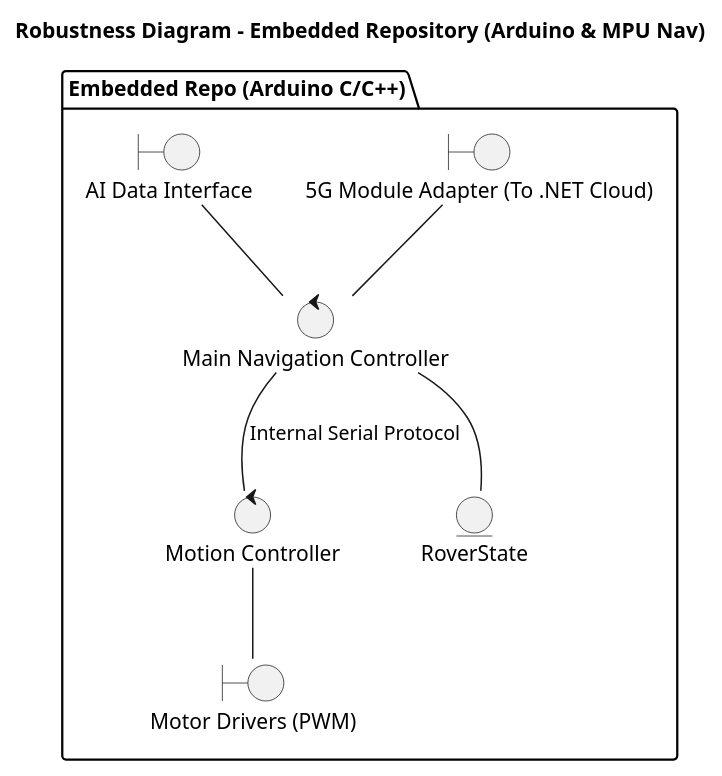
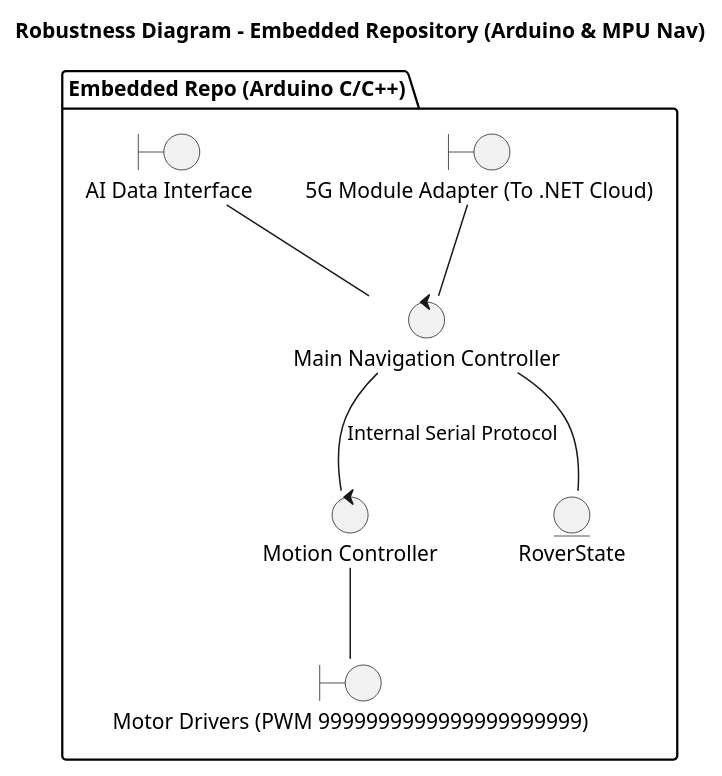
One commit to NOKIA-5G-SOS-Rover/Integrator changed the diagram in docs/architecture/diagrams/structural/embedded_bce.puml. Above: the diagram before and after it, drawn with PlantUML.

Commit message:
test github action

```diff
--- a/docs/architecture/diagrams/structural/embedded_bce.puml
+++ b/docs/architecture/diagrams/structural/embedded_bce.puml
@@ -1,24 +1,24 @@
 @startuml embedded_bce
 title Robustness Diagram - Embedded Repository (Arduino & MPU Nav)
 
 skinparam backgroundColor white
 skinparam componentStyle uml2
 
 package "Embedded Repo (Arduino C/C++)" {
     boundary "5G Module Adapter (To .NET Cloud)" as 5GBnd
-    boundary "Motor Drivers (PWM)" as MotorBnd
+    boundary "Motor Drivers (PWM 9999999999999999999999)" as MotorBnd
     boundary "AI Data Interface" as AIBnd
     
     control "Main Navigation Controller" as NavCtrl
     control "Motion Controller" as MotionCtrl
     
     entity "RoverState" as StateEnt
     
     5GBnd -- NavCtrl
     AIBnd -- NavCtrl
     NavCtrl -- StateEnt
     
     NavCtrl -- MotionCtrl : Internal Serial Protocol
     MotionCtrl -- MotorBnd
 }
 @enduml
```
